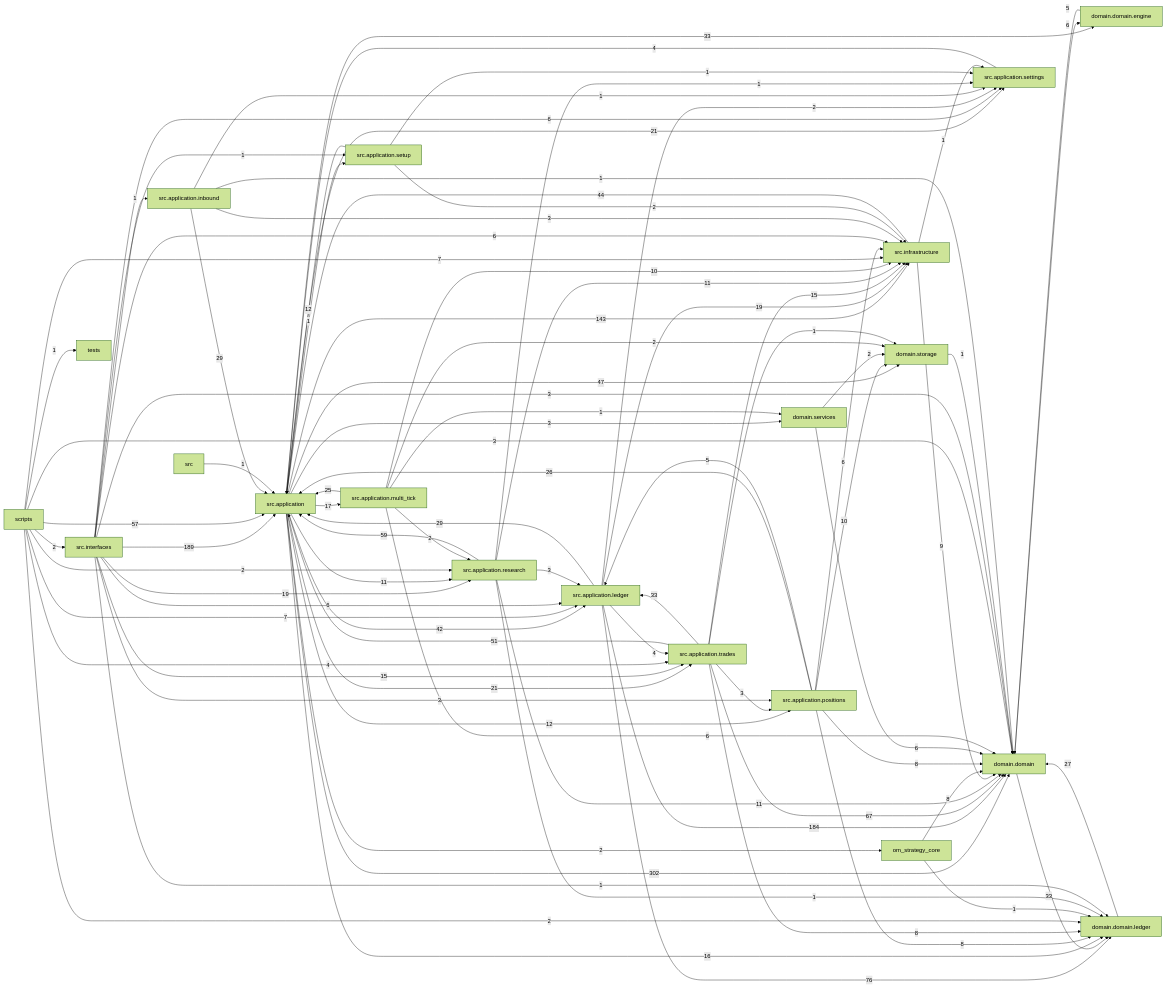
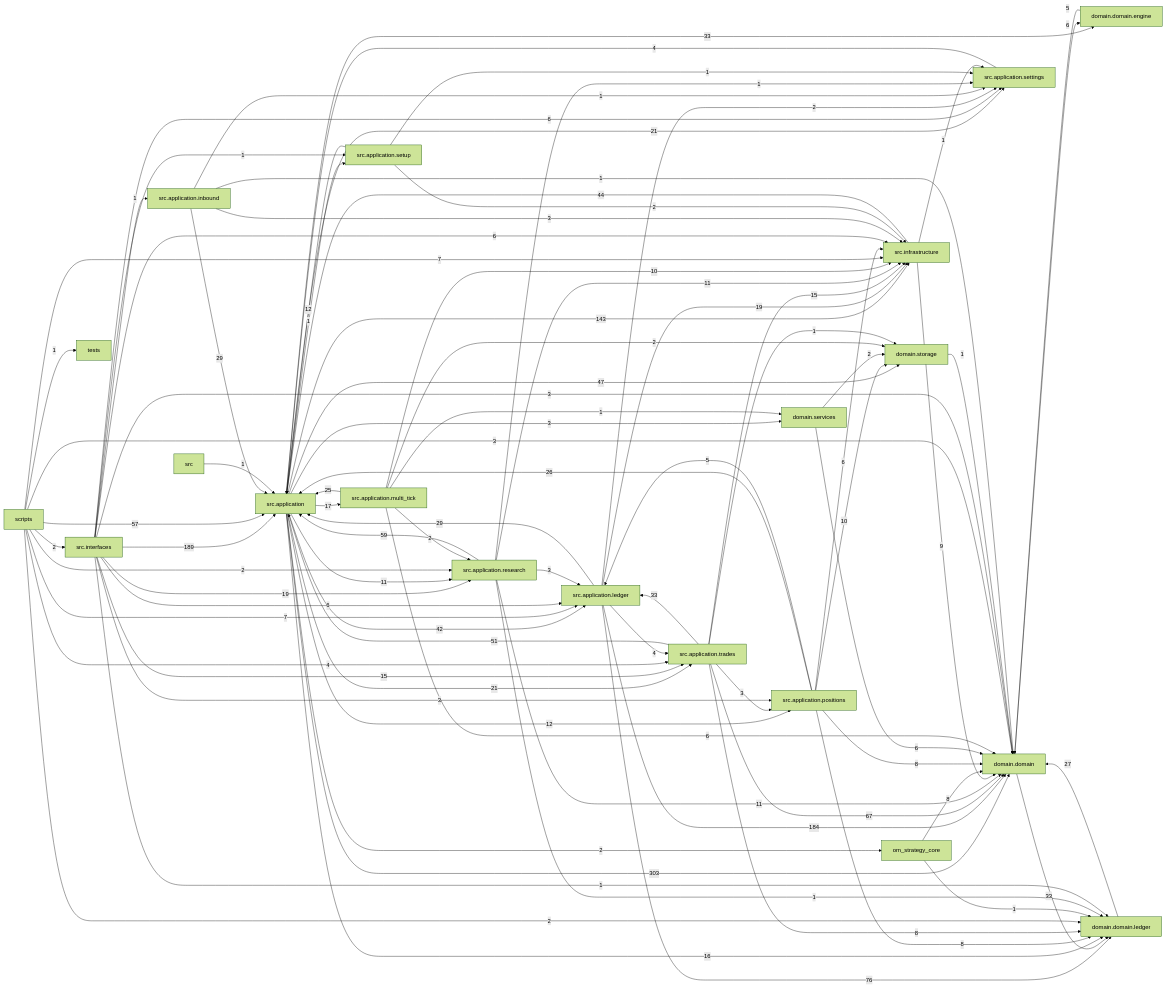
One commit to liuxie066/options-monitor changed the diagram in docs/dependency_graph.mmd. Above: the diagram before and after it, drawn with Mermaid (forest theme). The commit also changed 36 other files, not shown here.

```diff
--- a/docs/dependency_graph.mmd
+++ b/docs/dependency_graph.mmd
@@ -1,87 +1,87 @@
 flowchart LR
-  src_application["src.application"] -->|302| domain_domain["domain.domain"]
+  src_application["src.application"] -->|303| domain_domain["domain.domain"]
   src_interfaces["src.interfaces"] -->|189| src_application["src.application"]
   src_application_ledger["src.application.ledger"] -->|184| domain_domain["domain.domain"]
   src_application["src.application"] -->|143| src_infrastructure["src.infrastructure"]
   src_application_ledger["src.application.ledger"] -->|76| domain_domain_ledger["domain.domain.ledger"]
   src_application_trades["src.application.trades"] -->|67| domain_domain["domain.domain"]
   src_application_research["src.application.research"] -->|59| src_application["src.application"]
   scripts["scripts"] -->|57| src_application["src.application"]
   src_application_trades["src.application.trades"] -->|51| src_application["src.application"]
   src_application["src.application"] -->|47| domain_storage["domain.storage"]
   src_infrastructure["src.infrastructure"] -->|44| src_application["src.application"]
   src_application["src.application"] -->|42| src_application_ledger["src.application.ledger"]
   domain_domain["domain.domain"] -->|33| domain_domain_ledger["domain.domain.ledger"]
   src_application["src.application"] -->|33| domain_domain_engine["domain.domain.engine"]
   src_application_trades["src.application.trades"] -->|33| src_application_ledger["src.application.ledger"]
   src_application_inbound["src.application.inbound"] -->|29| src_application["src.application"]
   src_application_ledger["src.application.ledger"] -->|29| src_application["src.application"]
   domain_domain_ledger["domain.domain.ledger"] -->|27| domain_domain["domain.domain"]
   src_application_positions["src.application.positions"] -->|26| src_application["src.application"]
   src_application_multi_tick["src.application.multi_tick"] -->|25| src_application["src.application"]
   src_application["src.application"] -->|21| src_application_settings["src.application.settings"]
   src_application["src.application"] -->|21| src_application_trades["src.application.trades"]
   src_application_ledger["src.application.ledger"] -->|19| src_infrastructure["src.infrastructure"]
   src_interfaces["src.interfaces"] -->|19| src_application_research["src.application.research"]
   src_application["src.application"] -->|17| src_application_multi_tick["src.application.multi_tick"]
   src_application["src.application"] -->|16| domain_domain_ledger["domain.domain.ledger"]
   src_application_trades["src.application.trades"] -->|15| src_infrastructure["src.infrastructure"]
   src_interfaces["src.interfaces"] -->|15| src_application_trades["src.application.trades"]
   src_application["src.application"] -->|12| src_application_positions["src.application.positions"]
   src_application_setup["src.application.setup"] -->|12| src_application["src.application"]
   src_application["src.application"] -->|11| src_application_research["src.application.research"]
   src_application_research["src.application.research"] -->|11| domain_domain["domain.domain"]
   src_application_research["src.application.research"] -->|11| src_infrastructure["src.infrastructure"]
   src_application_multi_tick["src.application.multi_tick"] -->|10| src_infrastructure["src.infrastructure"]
   src_application_positions["src.application.positions"] -->|10| domain_storage["domain.storage"]
   src_infrastructure["src.infrastructure"] -->|9| domain_domain["domain.domain"]
   om_strategy_core["om_strategy_core"] -->|8| domain_domain["domain.domain"]
   src_application_positions["src.application.positions"] -->|8| domain_domain["domain.domain"]
   src_application_positions["src.application.positions"] -->|8| domain_domain_ledger["domain.domain.ledger"]
   src_application_trades["src.application.trades"] -->|8| domain_domain_ledger["domain.domain.ledger"]
   scripts["scripts"] -->|7| src_application_ledger["src.application.ledger"]
   scripts["scripts"] -->|7| src_infrastructure["src.infrastructure"]
   domain_domain["domain.domain"] -->|6| domain_domain_engine["domain.domain.engine"]
   domain_services["domain.services"] -->|6| domain_domain["domain.domain"]
   src_application_multi_tick["src.application.multi_tick"] -->|6| domain_domain["domain.domain"]
   src_application_positions["src.application.positions"] -->|6| src_infrastructure["src.infrastructure"]
   src_interfaces["src.interfaces"] -->|6| src_application_ledger["src.application.ledger"]
   src_interfaces["src.interfaces"] -->|6| src_application_settings["src.application.settings"]
   src_interfaces["src.interfaces"] -->|6| src_infrastructure["src.infrastructure"]
   domain_domain_engine["domain.domain.engine"] -->|5| domain_domain["domain.domain"]
   src_application_positions["src.application.positions"] -->|5| src_application_ledger["src.application.ledger"]
   scripts["scripts"] -->|4| src_application_trades["src.application.trades"]
   src_application_ledger["src.application.ledger"] -->|4| src_application_trades["src.application.trades"]
   src_application_settings["src.application.settings"] -->|4| src_application["src.application"]
   scripts["scripts"] -->|3| domain_domain["domain.domain"]
   src_application["src.application"] -->|3| domain_services["domain.services"]
   src_application_inbound["src.application.inbound"] -->|3| src_infrastructure["src.infrastructure"]
   src_application_research["src.application.research"] -->|3| src_application_ledger["src.application.ledger"]
   src_application_trades["src.application.trades"] -->|3| src_application_positions["src.application.positions"]
   src_interfaces["src.interfaces"] -->|3| domain_domain["domain.domain"]
   src_interfaces["src.interfaces"] -->|3| src_application_positions["src.application.positions"]
   domain_services["domain.services"] -->|2| domain_storage["domain.storage"]
   scripts["scripts"] -->|2| domain_domain_ledger["domain.domain.ledger"]
   scripts["scripts"] -->|2| src_application_research["src.application.research"]
   scripts["scripts"] -->|2| src_interfaces["src.interfaces"]
   src_application["src.application"] -->|2| om_strategy_core["om_strategy_core"]
   src_application_ledger["src.application.ledger"] -->|2| src_application_settings["src.application.settings"]
   src_application_multi_tick["src.application.multi_tick"] -->|2| domain_storage["domain.storage"]
   src_application_multi_tick["src.application.multi_tick"] -->|2| src_application_research["src.application.research"]
   src_application_setup["src.application.setup"] -->|2| src_infrastructure["src.infrastructure"]
   domain_storage["domain.storage"] -->|1| domain_domain["domain.domain"]
   om_strategy_core["om_strategy_core"] -->|1| domain_domain_ledger["domain.domain.ledger"]
   scripts["scripts"] -->|1| tests["tests"]
   src["src"] -->|1| src_application["src.application"]
   src_application["src.application"] -->|1| src_application_setup["src.application.setup"]
   src_application_inbound["src.application.inbound"] -->|1| domain_domain["domain.domain"]
   src_application_inbound["src.application.inbound"] -->|1| src_application_settings["src.application.settings"]
   src_application_multi_tick["src.application.multi_tick"] -->|1| domain_services["domain.services"]
   src_application_research["src.application.research"] -->|1| domain_domain_ledger["domain.domain.ledger"]
   src_application_research["src.application.research"] -->|1| src_application_settings["src.application.settings"]
   src_application_setup["src.application.setup"] -->|1| src_application_settings["src.application.settings"]
   src_application_trades["src.application.trades"] -->|1| domain_storage["domain.storage"]
   src_infrastructure["src.infrastructure"] -->|1| src_application_settings["src.application.settings"]
   src_interfaces["src.interfaces"] -->|1| domain_domain_ledger["domain.domain.ledger"]
   src_interfaces["src.interfaces"] -->|1| src_application_inbound["src.application.inbound"]
   src_interfaces["src.interfaces"] -->|1| src_application_setup["src.application.setup"]
```
